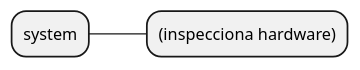
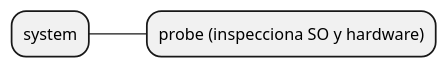
Before and after one commit to mstranich/coquena: the first of 8 diagrams in docs/comandos.md, drawn with PlantUML. The commit also changed other lines of this file and 31 other files, not shown here.

````diff
--- a/docs/comandos.md
+++ b/docs/comandos.md
@@ -61,6 +72,6 @@
 ```plantuml
 @startmindmap
 * system
-** (inspecciona hardware)
+** probe (inspecciona SO y hardware)
 @endmindmap
 ```
````
